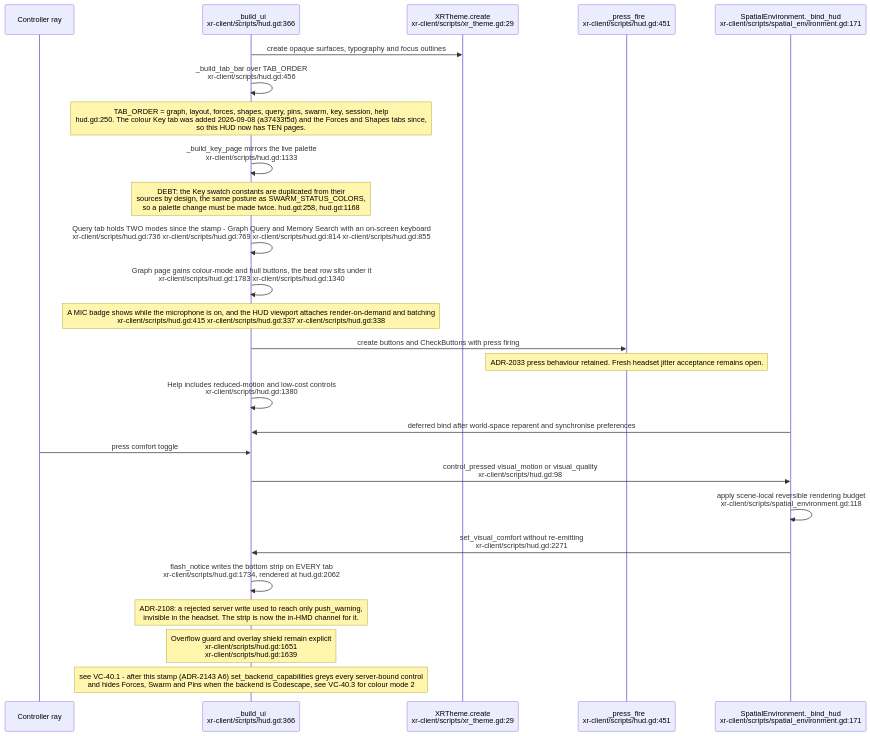
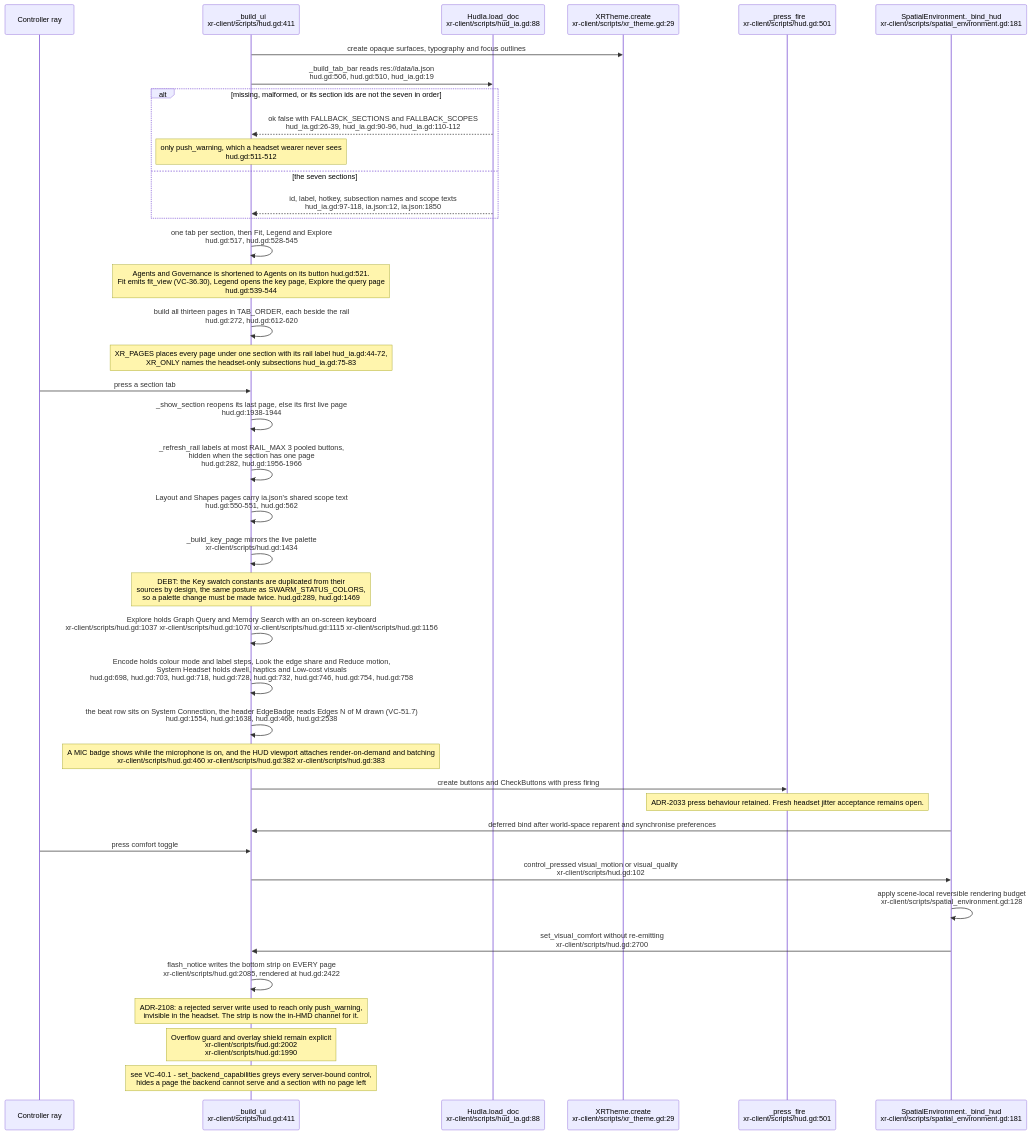
Before and after one commit to DreamLab-AI/VisionFlow: the eighth of 29 diagrams in docs/diagrams/visionclaw/36-godot-xr-client.md, drawn with Mermaid. The commit also changed other lines of this file and 56 other files, not shown here.

First line of the commit message:
docs(diagrams): re-verify VisionClaw topics at ec785afa9, add VC-19/56/57 and the VisionClaw register

````diff
--- a/docs/diagrams/visionclaw/36-godot-xr-client.md
+++ b/docs/diagrams/visionclaw/36-godot-xr-client.md
@@ -473,28 +490,42 @@
 ```mermaid
 sequenceDiagram
     participant W as Controller ray
-    participant HUD as _build_ui<br/>xr-client/scripts/hud.gd:366
+    participant HUD as _build_ui<br/>xr-client/scripts/hud.gd:411
+    participant IA as HudIa.load_doc<br/>xr-client/scripts/hud_ia.gd:88
     participant Theme as XRTheme.create<br/>xr-client/scripts/xr_theme.gd:29
-    participant Press as _press_fire<br/>xr-client/scripts/hud.gd:451
-    participant Env as SpatialEnvironment._bind_hud<br/>xr-client/scripts/spatial_environment.gd:171
+    participant Press as _press_fire<br/>xr-client/scripts/hud.gd:501
+    participant Env as SpatialEnvironment._bind_hud<br/>xr-client/scripts/spatial_environment.gd:181
     HUD->>Theme: create opaque surfaces, typography and focus outlines
-    HUD->>HUD: _build_tab_bar over TAB_ORDER<br/>xr-client/scripts/hud.gd:456
-    Note over HUD: TAB_ORDER = graph, layout, forces, shapes, query, pins, swarm, key, session, help<br/>hud.gd:250. The colour Key tab was added 2026-09-08 (a37433f5d) and the Forces and Shapes tabs since,<br/>so this HUD now has TEN pages.
-    HUD->>HUD: _build_key_page mirrors the live palette<br/>xr-client/scripts/hud.gd:1133
-    Note over HUD: DEBT: the Key swatch constants are duplicated from their<br/>sources by design, the same posture as SWARM_STATUS_COLORS,<br/>so a palette change must be made twice. hud.gd:258, hud.gd:1168
-    HUD->>HUD: Query tab holds TWO modes since the stamp - Graph Query and Memory Search with an on-screen keyboard<br/>xr-client/scripts/hud.gd:736 xr-client/scripts/hud.gd:769 xr-client/scripts/hud.gd:814 xr-client/scripts/hud.gd:855
-    HUD->>HUD: Graph page gains colour-mode and hull buttons, the beat row sits under it<br/>xr-client/scripts/hud.gd:1783 xr-client/scripts/hud.gd:1340
-    Note over HUD: A MIC badge shows while the microphone is on, and the HUD viewport attaches render-on-demand and batching<br/>xr-client/scripts/hud.gd:415 xr-client/scripts/hud.gd:337 xr-client/scripts/hud.gd:338
+    HUD->>IA: _build_tab_bar reads res://data/ia.json<br/>hud.gd:506, hud.gd:510, hud_ia.gd:19
+    alt missing, malformed, or its section ids are not the seven in order
+        IA-->>HUD: ok false with FALLBACK_SECTIONS and FALLBACK_SCOPES<br/>hud_ia.gd:26-39, hud_ia.gd:90-96, hud_ia.gd:110-112
+        Note over HUD: only push_warning, which a headset wearer never sees<br/>hud.gd:511-512
+    else the seven sections
+        IA-->>HUD: id, label, hotkey, subsection names and scope texts<br/>hud_ia.gd:97-118, ia.json:12, ia.json:1850
+    end
+    HUD->>HUD: one tab per section, then Fit, Legend and Explore<br/>hud.gd:517, hud.gd:528-545
+    Note over HUD: Agents and Governance is shortened to Agents on its button hud.gd:521.<br/>Fit emits fit_view (VC-36.30), Legend opens the key page, Explore the query page<br/>hud.gd:539-544
+    HUD->>HUD: build all thirteen pages in TAB_ORDER, each beside the rail<br/>hud.gd:272, hud.gd:612-620
+    Note over HUD: XR_PAGES places every page under one section with its rail label hud_ia.gd:44-72,<br/>XR_ONLY names the headset-only subsections hud_ia.gd:75-83
+    W->>HUD: press a section tab
+    HUD->>HUD: _show_section reopens its last page, else its first live page<br/>hud.gd:1938-1944
+    HUD->>HUD: _refresh_rail labels at most RAIL_MAX 3 pooled buttons,<br/>hidden when the section has one page<br/>hud.gd:282, hud.gd:1956-1966
+    HUD->>HUD: Layout and Shapes pages carry ia.json's shared scope text<br/>hud.gd:550-551, hud.gd:562
+    HUD->>HUD: _build_key_page mirrors the live palette<br/>xr-client/scripts/hud.gd:1434
+    Note over HUD: DEBT: the Key swatch constants are duplicated from their<br/>sources by design, the same posture as SWARM_STATUS_COLORS,<br/>so a palette change must be made twice. hud.gd:289, hud.gd:1469
+    HUD->>HUD: Explore holds Graph Query and Memory Search with an on-screen keyboard<br/>xr-client/scripts/hud.gd:1037 xr-client/scripts/hud.gd:1070 xr-client/scripts/hud.gd:1115 xr-client/scripts/hud.gd:1156
+    HUD->>HUD: Encode holds colour mode and label steps, Look the edge share and Reduce motion,<br/>System Headset holds dwell, haptics and Low-cost visuals<br/>hud.gd:698, hud.gd:703, hud.gd:718, hud.gd:728, hud.gd:732, hud.gd:746, hud.gd:754, hud.gd:758
+    HUD->>HUD: the beat row sits on System Connection, the header EdgeBadge reads Edges N of M drawn (VC-51.7)<br/>hud.gd:1554, hud.gd:1638, hud.gd:466, hud.gd:2538
+    Note over HUD: A MIC badge shows while the microphone is on, and the HUD viewport attaches render-on-demand and batching<br/>xr-client/scripts/hud.gd:460 xr-client/scripts/hud.gd:382 xr-client/scripts/hud.gd:383
     HUD->>Press: create buttons and CheckButtons with press firing
     Note over Press: ADR-2033 press behaviour retained. Fresh headset jitter acceptance remains open.
-    HUD->>HUD: Help includes reduced-motion and low-cost controls<br/>xr-client/scripts/hud.gd:1380
     Env->>HUD: deferred bind after world-space reparent and synchronise preferences
     W->>HUD: press comfort toggle
-    HUD->>Env: control_pressed visual_motion or visual_quality<br/>xr-client/scripts/hud.gd:98
-    Env->>Env: apply scene-local reversible rendering budget<br/>xr-client/scripts/spatial_environment.gd:118
-    Env->>HUD: set_visual_comfort without re-emitting<br/>xr-client/scripts/hud.gd:2271
-    HUD->>HUD: flash_notice writes the bottom strip on EVERY tab<br/>xr-client/scripts/hud.gd:1734, rendered at hud.gd:2062
+    HUD->>Env: control_pressed visual_motion or visual_quality<br/>xr-client/scripts/hud.gd:102
+    Env->>Env: apply scene-local reversible rendering budget<br/>xr-client/scripts/spatial_environment.gd:128
+    Env->>HUD: set_visual_comfort without re-emitting<br/>xr-client/scripts/hud.gd:2700
+    HUD->>HUD: flash_notice writes the bottom strip on EVERY page<br/>xr-client/scripts/hud.gd:2085, rendered at hud.gd:2422
     Note over HUD: ADR-2108: a rejected server write used to reach only push_warning,<br/>invisible in the headset. The strip is now the in-HMD channel for it.
-    Note over HUD: Overflow guard and overlay shield remain explicit<br/>xr-client/scripts/hud.gd:1651<br/>xr-client/scripts/hud.gd:1639
-    Note over HUD: see VC-40.1 - after this stamp (ADR-2143 A6) set_backend_capabilities greys every server-bound control<br/>and hides Forces, Swarm and Pins when the backend is Codescape, see VC-40.3 for colour mode 2
+    Note over HUD: Overflow guard and overlay shield remain explicit<br/>xr-client/scripts/hud.gd:2002<br/>xr-client/scripts/hud.gd:1990
+    Note over HUD: see VC-40.1 - set_backend_capabilities greys every server-bound control,<br/>hides a page the backend cannot serve and a section with no page left
 ```
````
